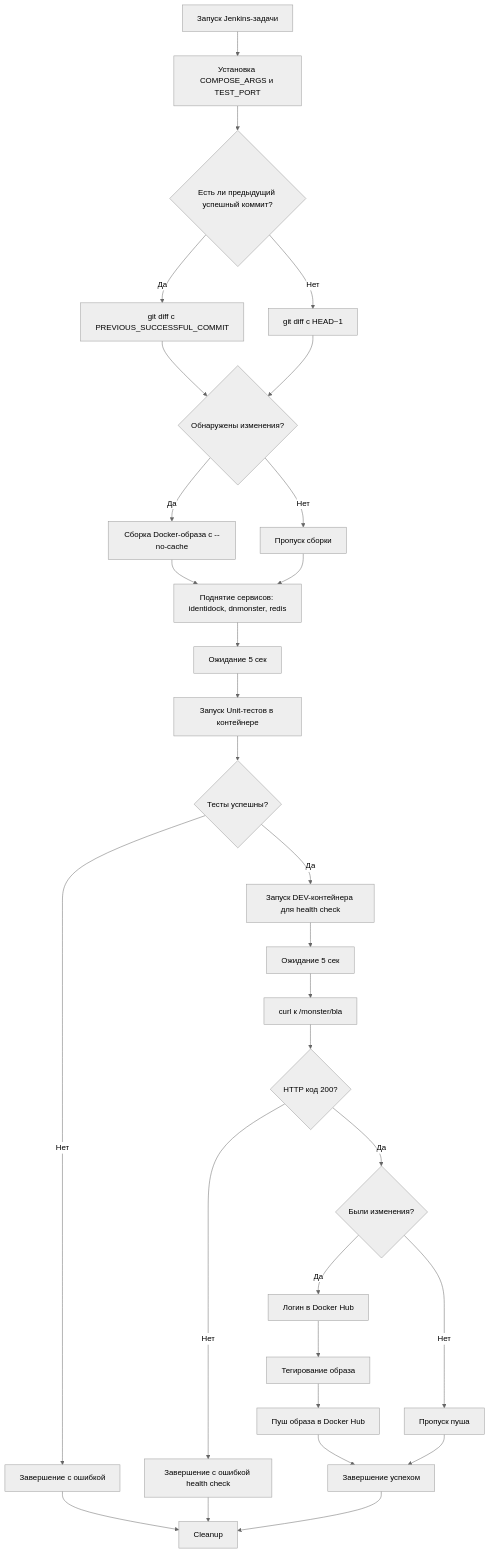
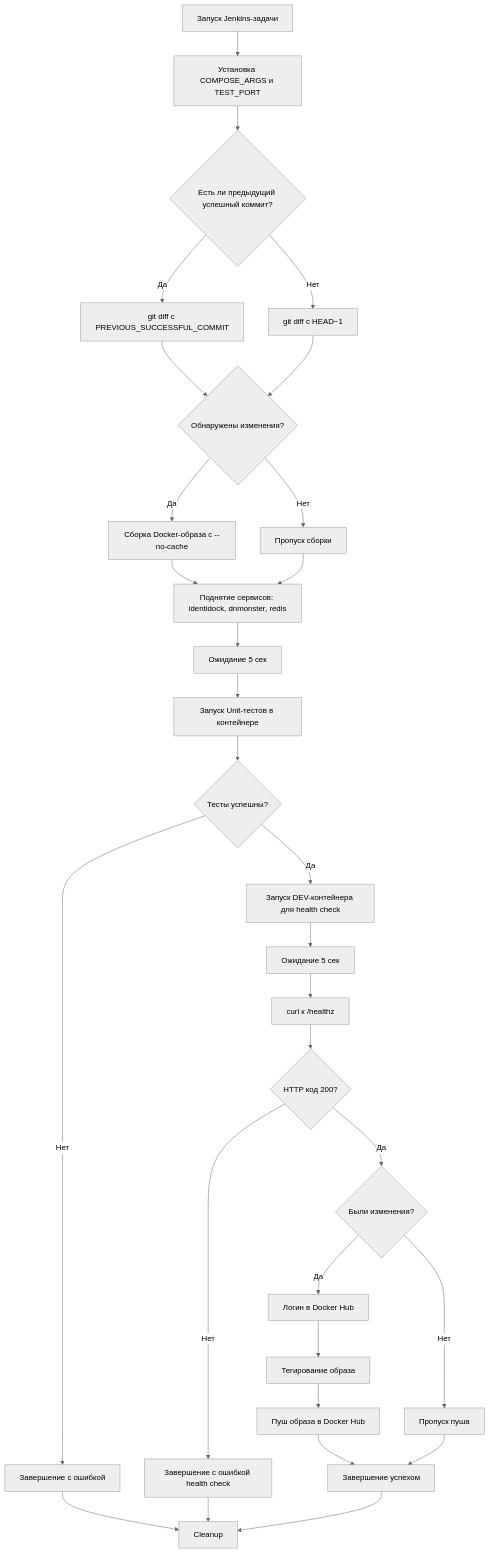
Before and after one commit to Tumanyanchik/identidock: the second of 2 diagrams in README.md, drawn with Mermaid (neutral theme). The commit also changed other lines of this file and 6 other files, not shown here.

````diff
--- a/README.md
+++ b/README.md
@@ -129,32 +150,32 @@
 ```mermaid
 flowchart TD
     A[Запуск Jenkins-задачи] --> B[Установка COMPOSE_ARGS и TEST_PORT]
     B --> C{Есть ли предыдущий успешный коммит?}
     C -- Да --> D[git diff с PREVIOUS_SUCCESSFUL_COMMIT]
     C -- Нет --> E[git diff с HEAD~1]
     D --> F{Обнаружены изменения?}
     E --> F
     F -- Нет --> G[Пропуск сборки]
     F -- Да --> H[Сборка Docker-образа с --no-cache]
     H --> I[Поднятие сервисов: identidock, dnmonster, redis]
     G --> I
     I --> J[Ожидание 5 сек]
     J --> K[Запуск Unit-тестов в контейнере]
     K --> L{Тесты успешны?}
     L -- Нет --> M[Завершение с ошибкой]
     L -- Да --> N[Запуск DEV-контейнера для health check]
     N --> O[Ожидание 5 сек]
-    O --> P[curl к /monster/bla]
+    O --> P[curl к /healthz]
     P --> Q{HTTP код 200?}
     Q -- Нет --> R[Завершение с ошибкой health check]
     Q -- Да --> S{Были изменения?}
     S -- Нет --> T[Пропуск пуша]
     S -- Да --> U[Логин в Docker Hub]
     U --> V[Тегирование образа]
     V --> W[Пуш образа в Docker Hub]
     W --> X[Завершение успехом]
     T --> X
     M --> Z[Cleanup]
     R --> Z
     X --> Z
 ```
````
